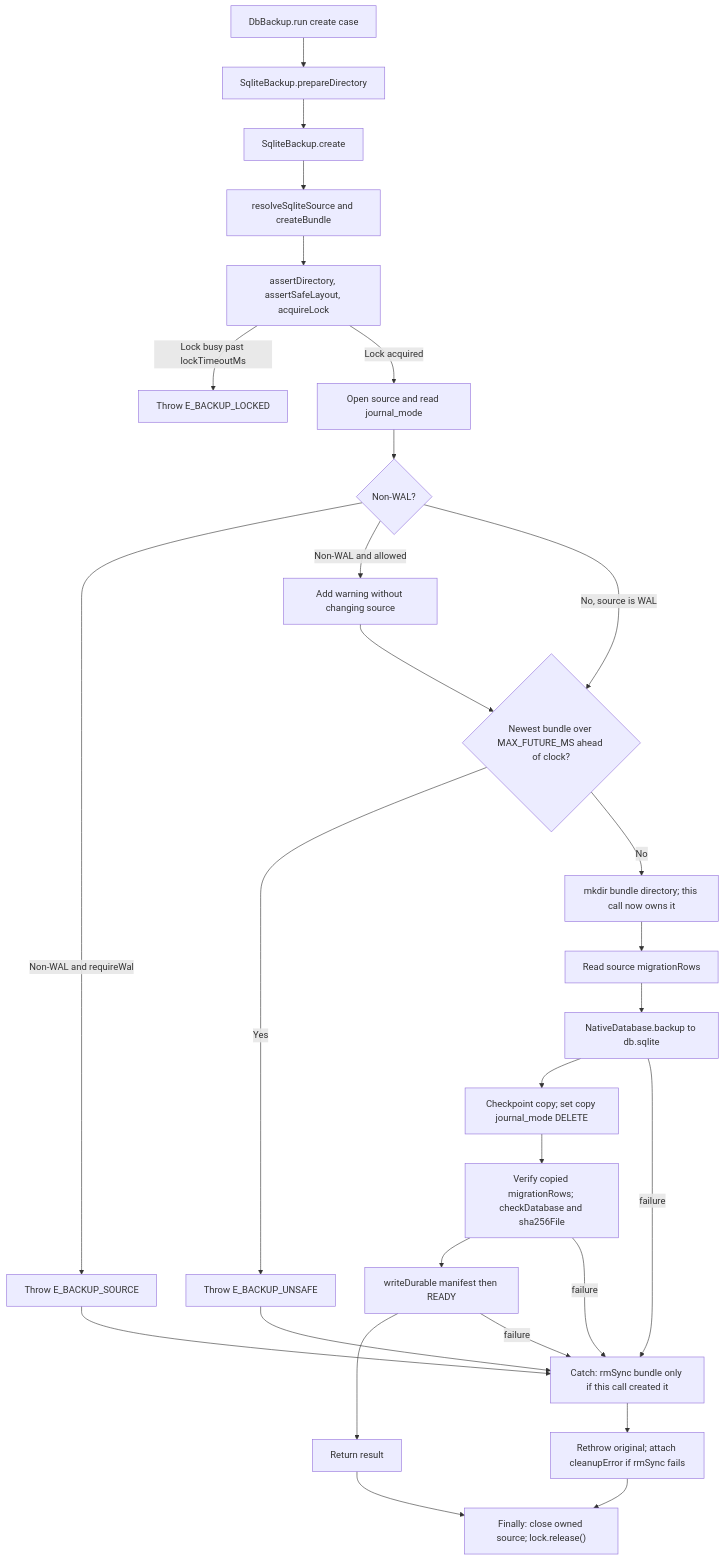
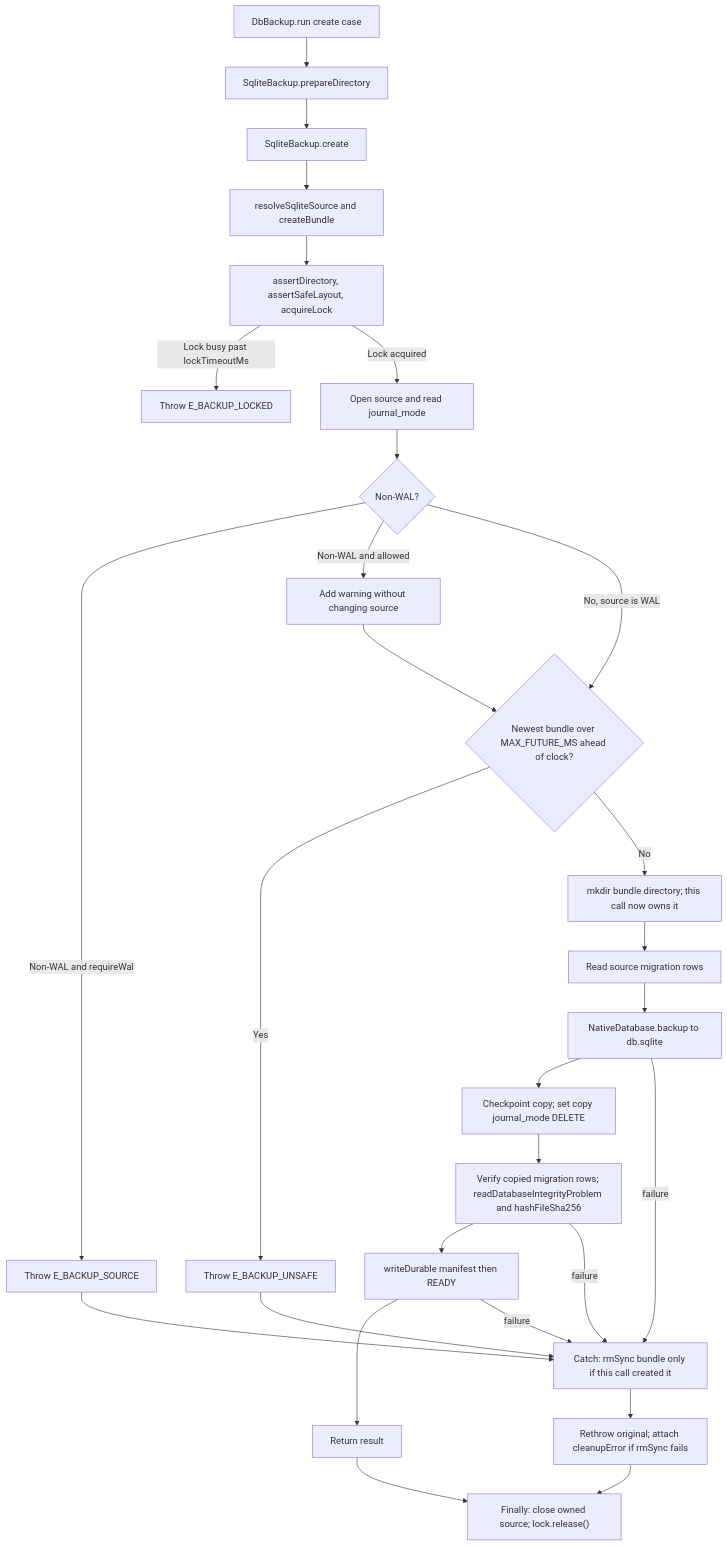
One commit to Kevinjohn/oss-adonisjs-sqlite-backup changed the second of 2 diagrams in user-stories/create-bundle/us-op-01-create-bundle.md. Above: the diagram before and after it, drawn with Mermaid. The commit also changed other lines of this file and 4 other files, not shown here.

````diff
--- a/user-stories/create-bundle/us-op-01-create-bundle.md
+++ b/user-stories/create-bundle/us-op-01-create-bundle.md
@@ -45,30 +45,30 @@
 ```mermaid
 flowchart TD
     A["DbBackup.run create case"] --> B["SqliteBackup.prepareDirectory"]
     B --> C["SqliteBackup.create"]
     C --> D["resolveSqliteSource and createBundle"]
     D --> E["assertDirectory, assertSafeLayout, acquireLock"]
     E -->|Lock busy past lockTimeoutMs| W["Throw E_BACKUP_LOCKED"]
     E -->|Lock acquired| O["Open source and read journal_mode"]
     O --> J{"Non-WAL?"}
     J -->|"Non-WAL and requireWal"| K["Throw E_BACKUP_SOURCE"]
     J -->|"Non-WAL and allowed"| L["Add warning without changing source"]
     J -->|"No, source is WAL"| Q{"Newest bundle over MAX_FUTURE_MS ahead of clock?"}
     L --> Q
     Q -->|Yes| R["Throw E_BACKUP_UNSAFE"]
     Q -->|No| S["mkdir bundle directory; this call now owns it"]
-    S --> N["Read source migrationRows"]
+    S --> N["Read source migration rows"]
     N --> F["NativeDatabase.backup to db.sqlite"]
     F --> M["Checkpoint copy; set copy journal_mode DELETE"]
-    M --> G["Verify copied migrationRows; checkDatabase and sha256File"]
+    M --> G["Verify copied migration rows; readDatabaseIntegrityProblem and hashFileSha256"]
     G --> H["writeDurable manifest then READY"]
     H --> I["Return result"]
     K --> V["Catch: rmSync bundle only if this call created it"]
     R --> V
     F -->|failure| V
     G -->|failure| V
     H -->|failure| V
     V --> U["Rethrow original; attach cleanupError if rmSync fails"]
     I --> T["Finally: close owned source; lock.release()"]
     U --> T
 ```
````
